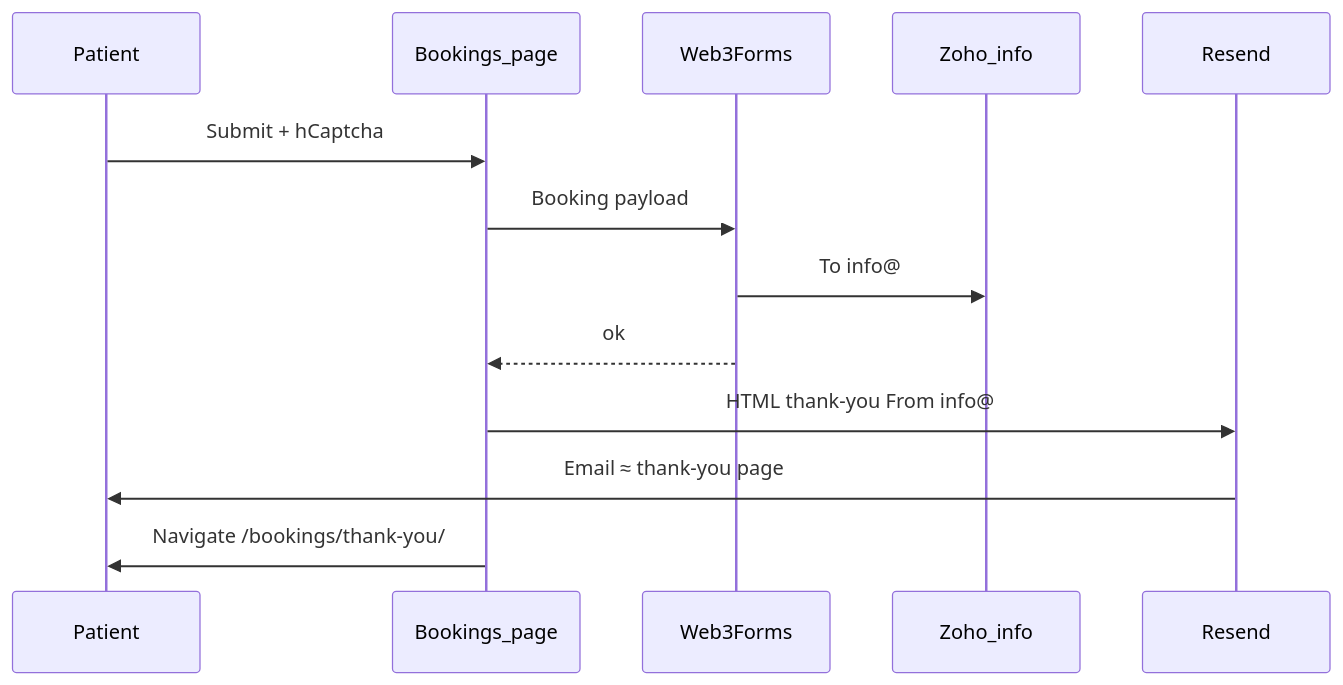
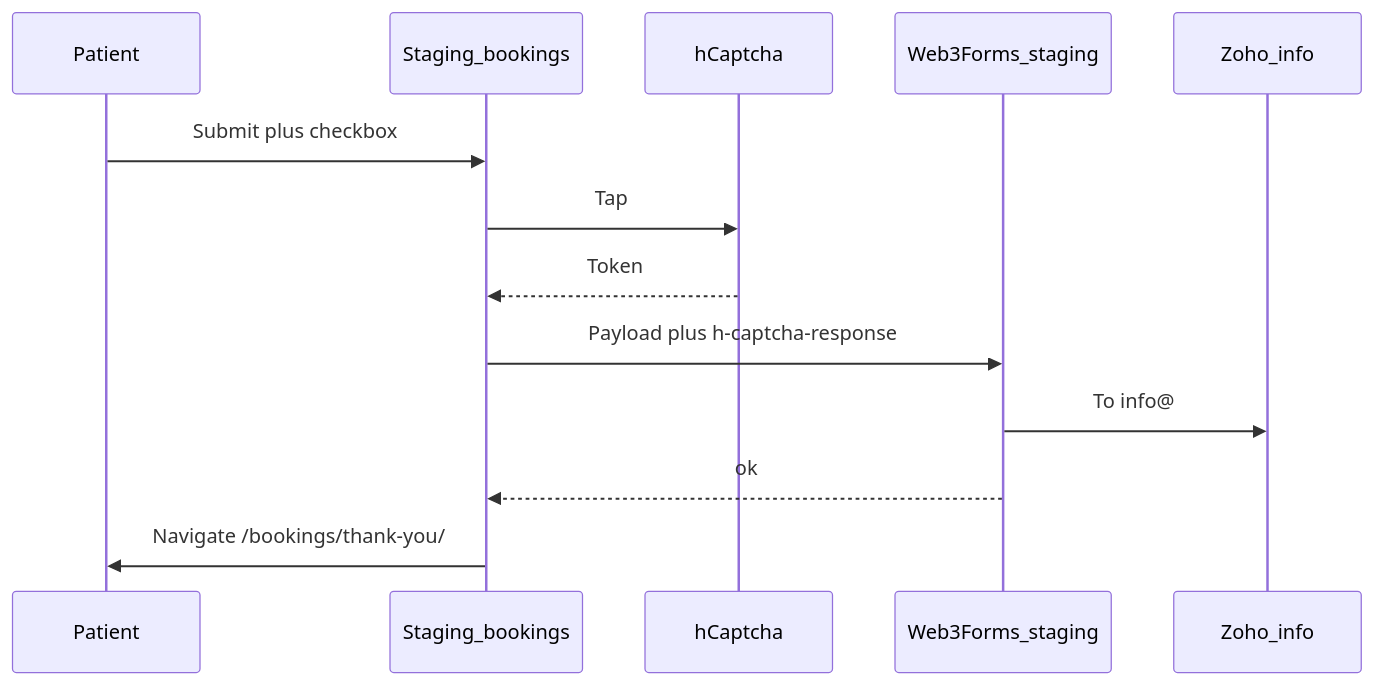
Before and after one commit to hbacalso1229/wellness-needles: the fourth of 5 diagrams in docs/GO_LIVE_ARCHITECTURE.md, drawn with Mermaid. The commit also changed other lines of this file and 19 other files, not shown here.

Commit message:
Add Turnstile on production booking and keep hCaptcha on staging.

````diff
--- a/docs/GO_LIVE_ARCHITECTURE.md
+++ b/docs/GO_LIVE_ARCHITECTURE.md
@@ -128,15 +168,15 @@
 ```mermaid
 sequenceDiagram
   participant P as Patient
-  participant S as Bookings_page
-  participant W as Web3Forms
+  participant S as Staging_bookings
+  participant H as hCaptcha
+  participant W as Web3Forms_staging
   participant Z as Zoho_info
-  participant R as Resend
-  P->>S: Submit + hCaptcha
-  S->>W: Booking payload
+  P->>S: Submit plus checkbox
+  S->>H: Tap
+  H-->>S: Token
+  S->>W: Payload plus h-captcha-response
   W->>Z: To info@
   W-->>S: ok
-  S->>R: HTML thank-you From info@
-  R->>P: Email ≈ thank-you page
   S->>P: Navigate /bookings/thank-you/
 ```
````
